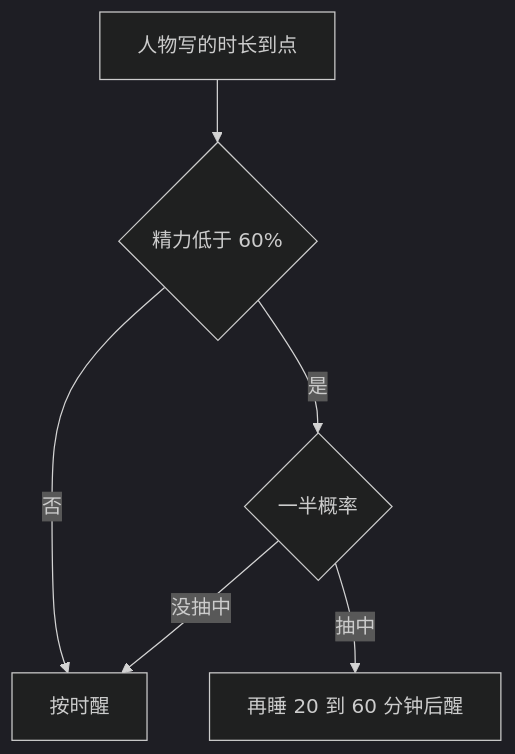
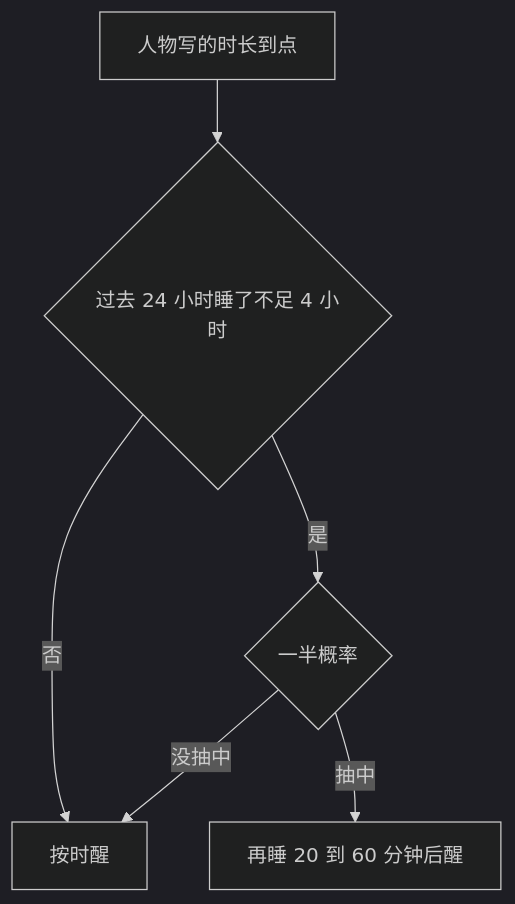
The third of 7 diagrams in docs/dev/environment-contract-revision/PROPOSAL-environment-contract-revision.md (HoldThatThgt/WorldMock), drawn with Mermaid (dark theme) before and after one commit. The commit also changed other lines of this file, not shown here.

````diff
--- a/docs/dev/environment-contract-revision/PROPOSAL-environment-contract-revision.md
+++ b/docs/dev/environment-contract-revision/PROPOSAL-environment-contract-revision.md
@@ -546,8 +546,8 @@
 ```mermaid
 flowchart TD
-    A["人物写的时长到点"] --> B{"精力低于 60%"}
+    A["人物写的时长到点"] --> B{"过去 24 小时睡了不足 4 小时"}
     B -->|否| W["按时醒"]
     B -->|是| C{"一半概率"}
     C -->|没抽中| W
     C -->|抽中| E["再睡 20 到 60 分钟后醒"]
 ```
````
